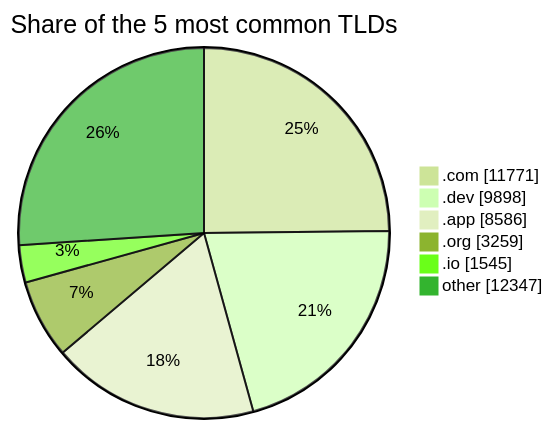
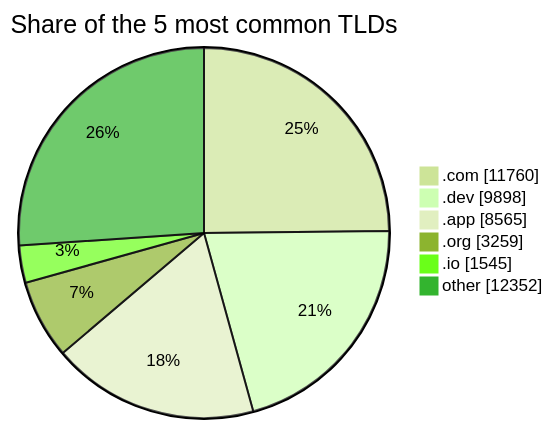
The third of 3 diagrams in README.md (DNSBunker/CTI), drawn with Mermaid (forest theme) before and after one commit. The commit also changed other lines of this file and 3 other files, not shown here.

````diff
--- a/README.md
+++ b/README.md
@@ -81,9 +81,9 @@
 ```mermaid
 pie showData title Share of the 5 most common TLDs
-    ".com" : 11771
+    ".com" : 11760
     ".dev" : 9898
-    ".app" : 8586
+    ".app" : 8565
     ".org" : 3259
     ".io" : 1545
-    "other" : 12347
+    "other" : 12352
 ```
````
